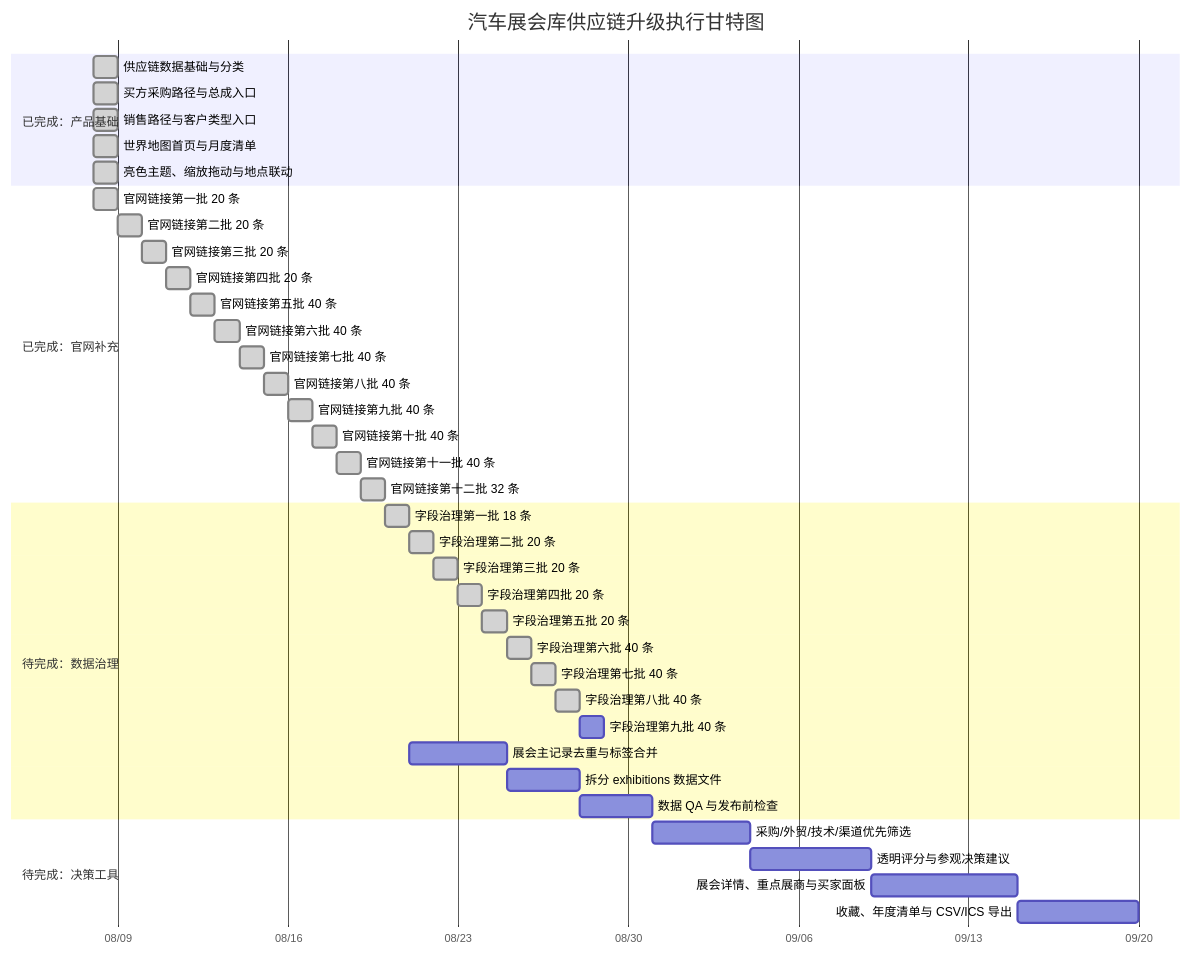
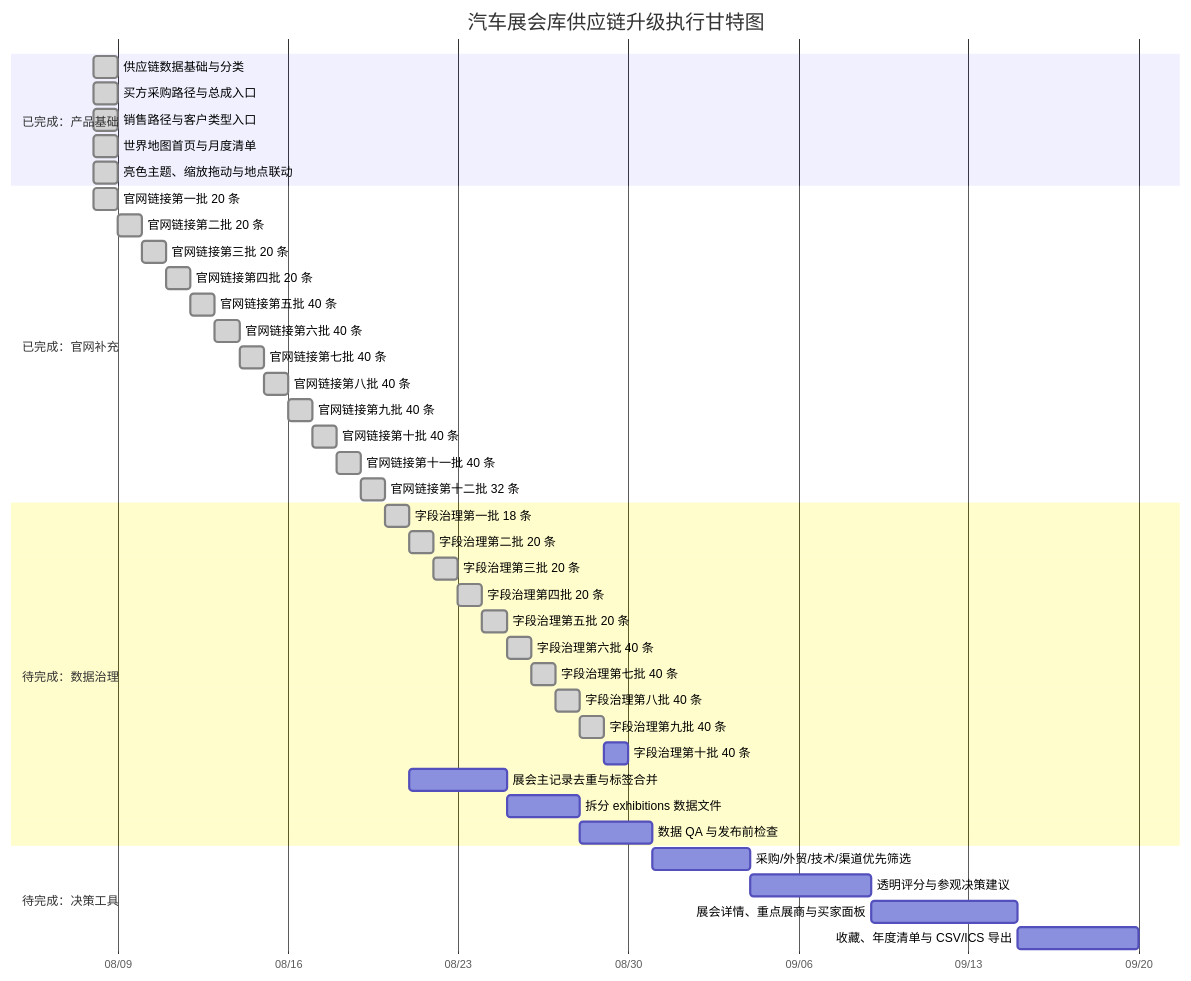
The diagram in docs/PROJECT_PROGRESS.md (Cloudyluk/auto-expo), drawn with Mermaid before and after one commit. The commit also changed other lines of this file and 3 other files, not shown here.

````diff
--- a/docs/PROJECT_PROGRESS.md
+++ b/docs/PROJECT_PROGRESS.md
@@ -20,43 +20,44 @@
 ```mermaid
 gantt
     title 汽车展会库供应链升级执行甘特图
     dateFormat  YYYY-MM-DD
     axisFormat  %m/%d
     section 已完成：产品基础
     供应链数据基础与分类             :done, foundation, 2026-08-08, 1d
     买方采购路径与总成入口           :done, buyer, 2026-08-08, 1d
     销售路径与客户类型入口           :done, seller, 2026-08-08, 1d
     世界地图首页与月度清单           :done, map, 2026-08-08, 1d
     亮色主题、缩放拖动与地点联动     :done, interaction, 2026-08-08, 1d
     section 已完成：官网补充
     官网链接第一批 20 条             :done, links1, 2026-08-08, 1d
     官网链接第二批 20 条             :done, links2, after links1, 1d
     官网链接第三批 20 条             :done, links3, after links2, 1d
     官网链接第四批 20 条             :done, links4, after links3, 1d
     官网链接第五批 40 条             :done, links5done, after links4, 1d
     官网链接第六批 40 条             :done, links6done, after links5done, 1d
     官网链接第七批 40 条             :done, links7done, after links6done, 1d
     官网链接第八批 40 条             :done, links8done, after links7done, 1d
     官网链接第九批 40 条             :done, links9done, after links8done, 1d
     官网链接第十批 40 条             :done, links10done, after links9done, 1d
     官网链接第十一批 40 条           :done, links11done, after links10done, 1d
     官网链接第十二批 32 条           :done, links12done, after links11done, 1d
     section 待完成：数据治理
     字段治理第一批 18 条             :done, fields1, after links12done, 1d
     字段治理第二批 20 条             :done, fields2, after fields1, 1d
     字段治理第三批 20 条             :done, fields3, after fields2, 1d
     字段治理第四批 20 条             :done, fields4, after fields3, 1d
     字段治理第五批 20 条             :done, fields5, after fields4, 1d
     字段治理第六批 40 条             :done, fields6, after fields5, 1d
     字段治理第七批 40 条             :done, fields7, after fields6, 1d
     字段治理第八批 40 条             :done, fields8, after fields7, 1d
-    字段治理第九批 40 条             :fields9, after fields8, 1d
+    字段治理第九批 40 条             :done, fields9, after fields8, 1d
+    字段治理第十批 40 条             :fields10, after fields9, 1d
     展会主记录去重与标签合并         :dedupe, after fields, 4d
     拆分 exhibitions 数据文件        :split, after dedupe, 3d
     数据 QA 与发布前检查              :qa, after split, 3d
     section 待完成：决策工具
     采购/外贸/技术/渠道优先筛选       :filters, after qa, 4d
     透明评分与参观决策建议           :score, after filters, 5d
     展会详情、重点展商与买家面板      :detail, after score, 6d
     收藏、年度清单与 CSV/ICS 导出     :plan, after detail, 5d
 ```
````
